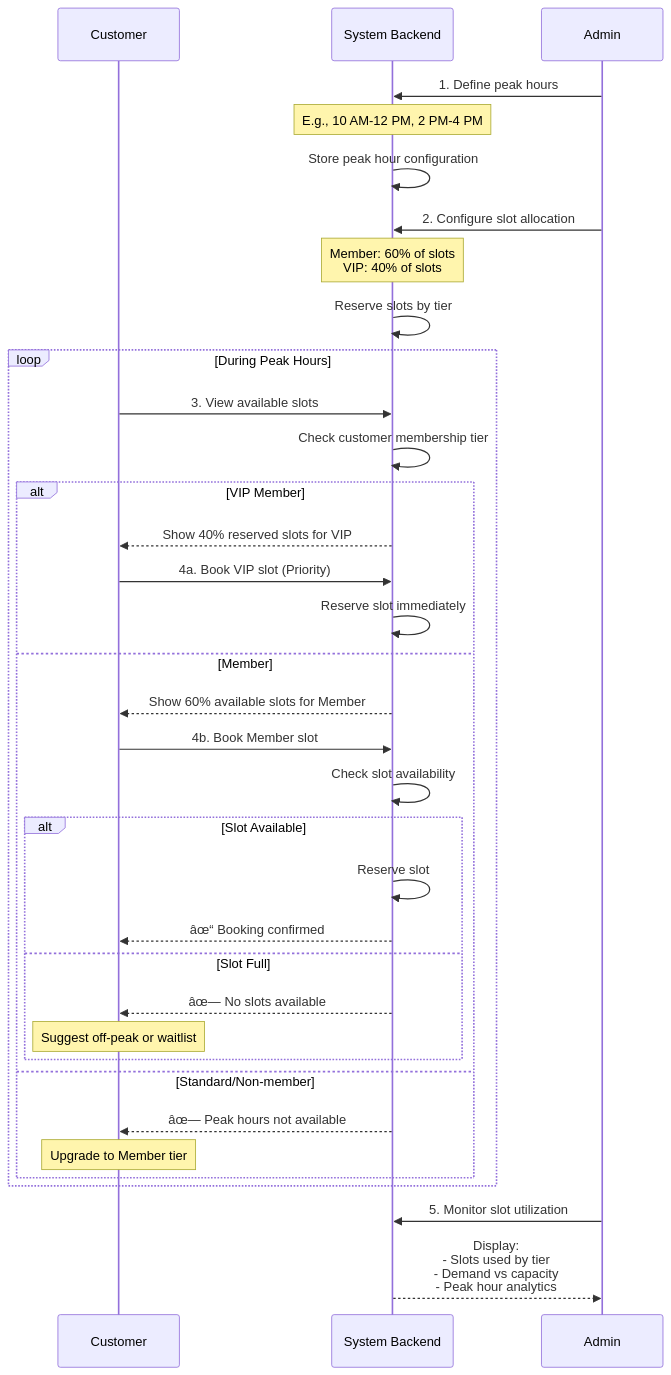
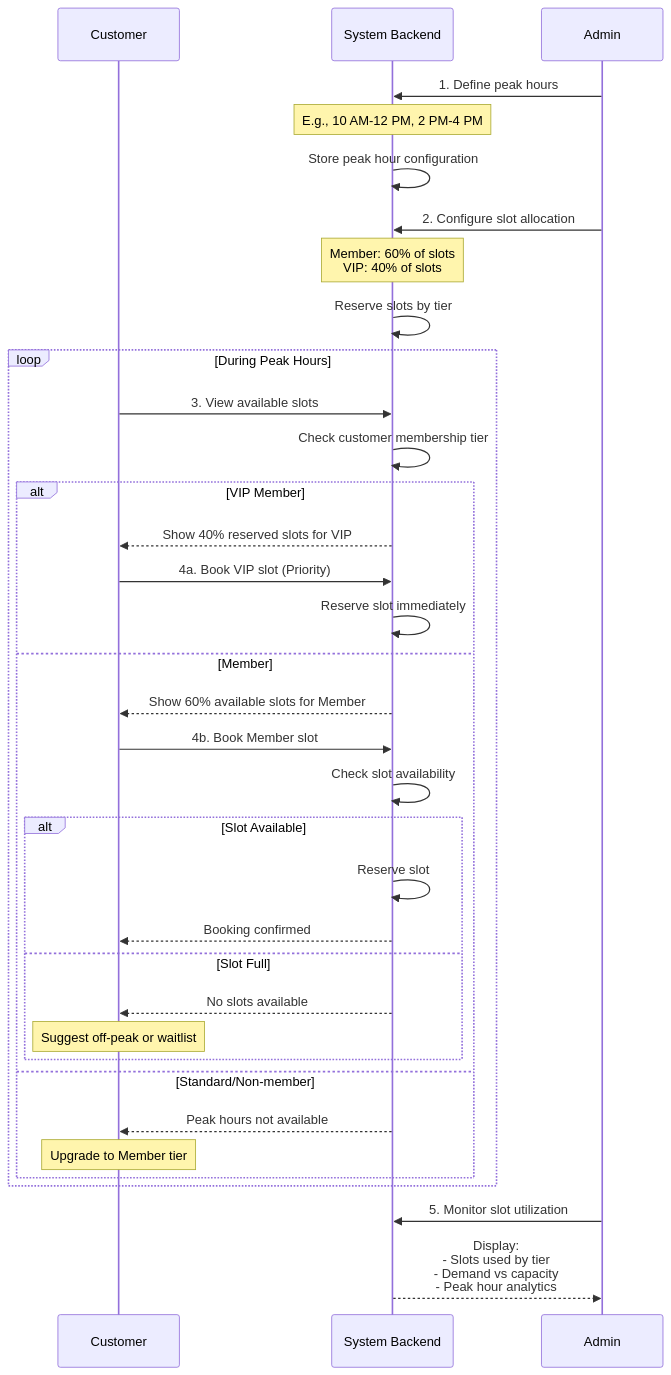
One commit to nguyenvuanhmy2708-sketch/autowash-pro changed the fourth of 6 diagrams in MAIN_FLOWS.md. Above: the diagram before and after it, drawn with Mermaid. The commit also changed other lines of this file, not shown here.

````diff
--- a/MAIN_FLOWS.md
+++ b/MAIN_FLOWS.md
@@ -179,42 +179,42 @@
 ```mermaid
 sequenceDiagram
     participant Customer
     participant System as System Backend
     participant Admin
     
     Admin->>System: 1. Define peak hours
     Note over System: E.g., 10 AM-12 PM, 2 PM-4 PM
     System->>System: Store peak hour configuration
     
     Admin->>System: 2. Configure slot allocation
     Note over System: Member: 60% of slots<br/>VIP: 40% of slots
     System->>System: Reserve slots by tier
     
     loop During Peak Hours
         Customer->>System: 3. View available slots
         System->>System: Check customer membership tier
         
         alt VIP Member
             System-->>Customer: Show 40% reserved slots for VIP
             Customer->>System: 4a. Book VIP slot (Priority)
             System->>System: Reserve slot immediately
         else Member
             System-->>Customer: Show 60% available slots for Member
             Customer->>System: 4b. Book Member slot
             System->>System: Check slot availability
             alt Slot Available
                 System->>System: Reserve slot
-                System-->>Customer: âœ“ Booking confirmed
+                System-->>Customer:  Booking confirmed
             else Slot Full
-                System-->>Customer: âœ— No slots available
+                System-->>Customer:  No slots available
                 Note over Customer: Suggest off-peak or waitlist
             end
         else Standard/Non-member
-            System-->>Customer: âœ— Peak hours not available
+            System-->>Customer:  Peak hours not available
             Note over Customer: Upgrade to Member tier
         end
     end
     
     Admin->>System: 5. Monitor slot utilization
     System-->>Admin: Display:<br/>- Slots used by tier<br/>- Demand vs capacity<br/>- Peak hour analytics
 ```
````
